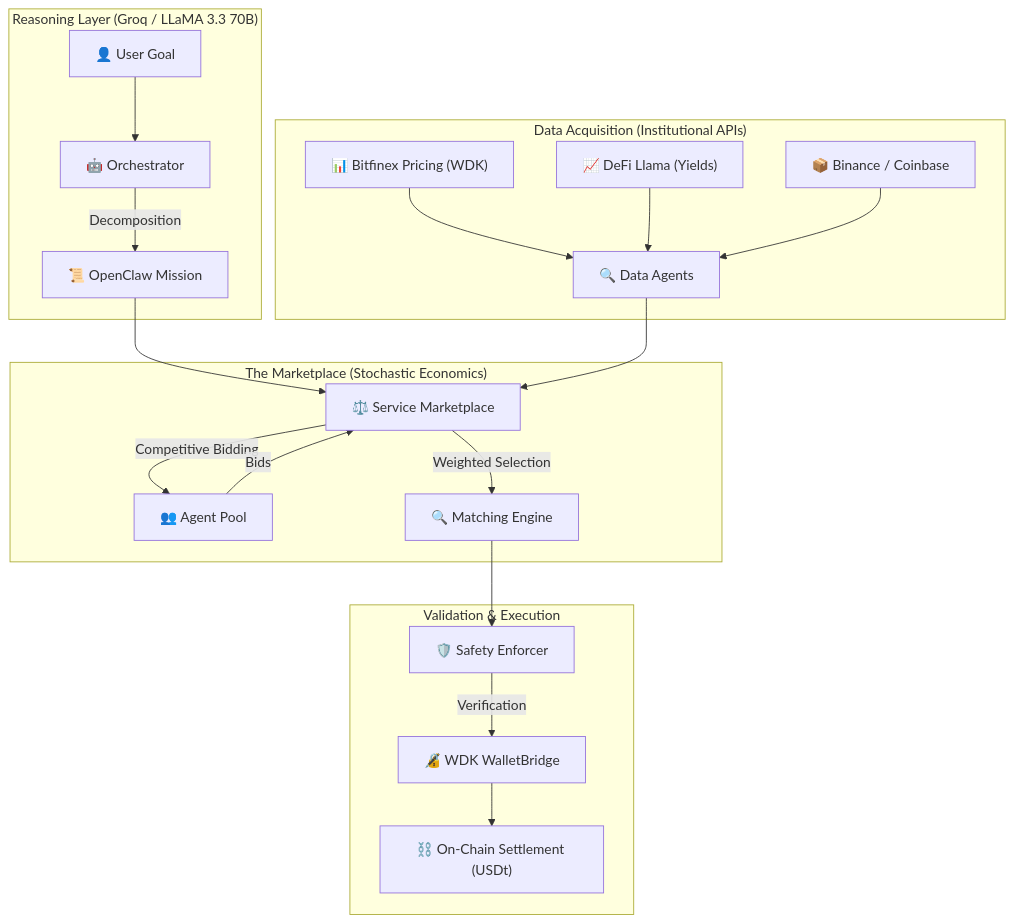
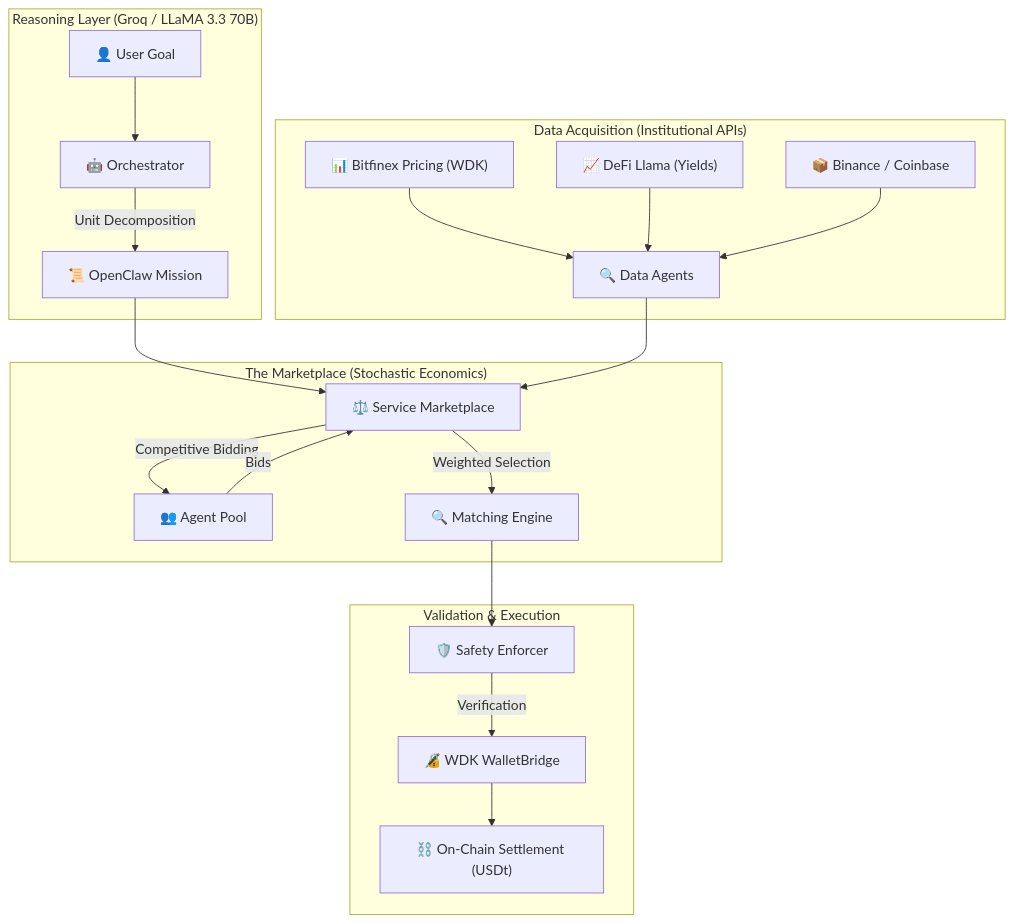
The first of 2 diagrams in README.md (nevan-sonic/nevorax), drawn with Mermaid before and after one commit. The commit also changed other lines of this file, not shown here.

````diff
--- a/README.md
+++ b/README.md
@@ -16,27 +16,27 @@
 ```mermaid
 graph TD
     subgraph "Reasoning Layer (Groq / LLaMA 3.3 70B)"
         A["👤 User Goal"] --> B["🤖 Orchestrator"]
-        B -->|Decomposition| C["📜 OpenClaw Mission"]
+        B -->|Unit Decomposition| C["📜 OpenClaw Mission"]
     end
 
     subgraph "Data Acquisition (Institutional APIs)"
         D["📊 Bitfinex Pricing (WDK)"] --> E["🔍 Data Agents"]
         F["📈 DeFi Llama (Yields)"] --> E
         G["📦 Binance / Coinbase"] --> E
     end
 
     subgraph "The Marketplace (Stochastic Economics)"
         C --> H["⚖️ Service Marketplace"]
         E --> H
         H -->|Competitive Bidding| I["👥 Agent Pool"]
         I -->|Bids| H
         H -->|Weighted Selection| J["🔍 Matching Engine"]
     end
 
     subgraph "Validation & Execution"
         J --> K["🛡️ Safety Enforcer"]
         K -->|Verification| L["🔏 WDK WalletBridge"]
         L --> M["⛓️ On-Chain Settlement (USDt)"]
     end
 ```
````
